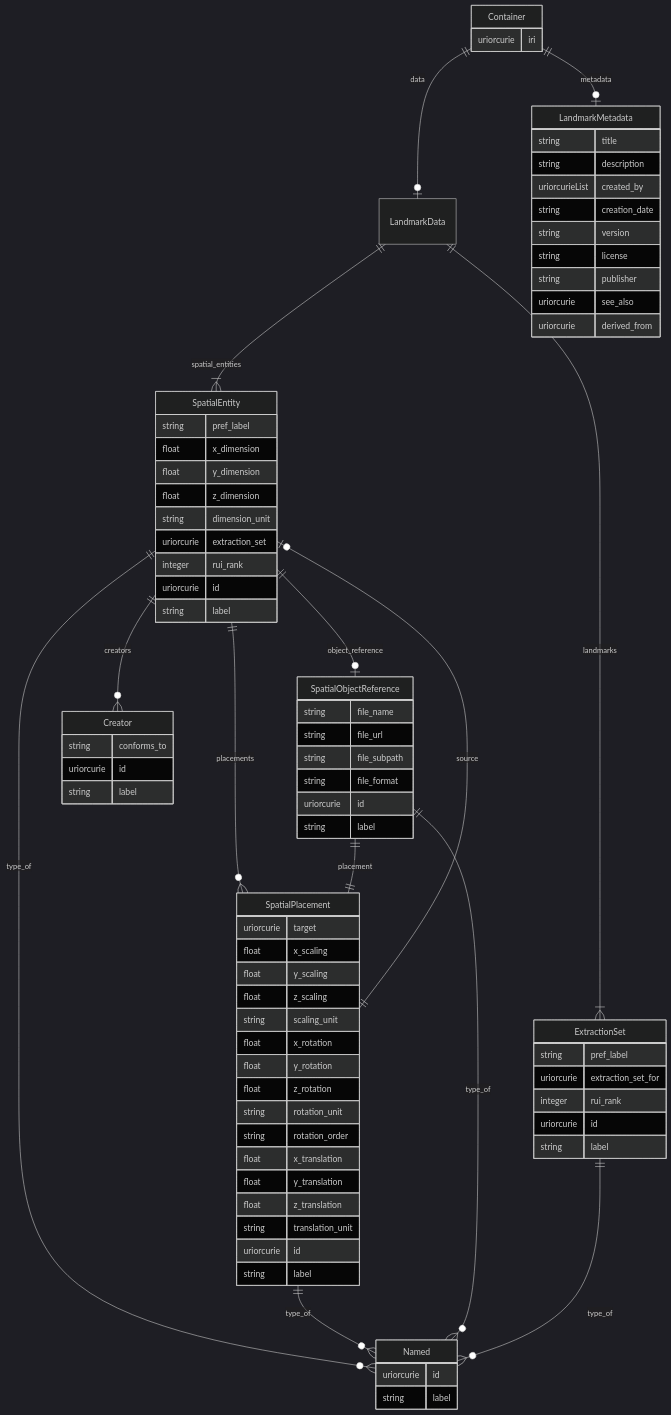
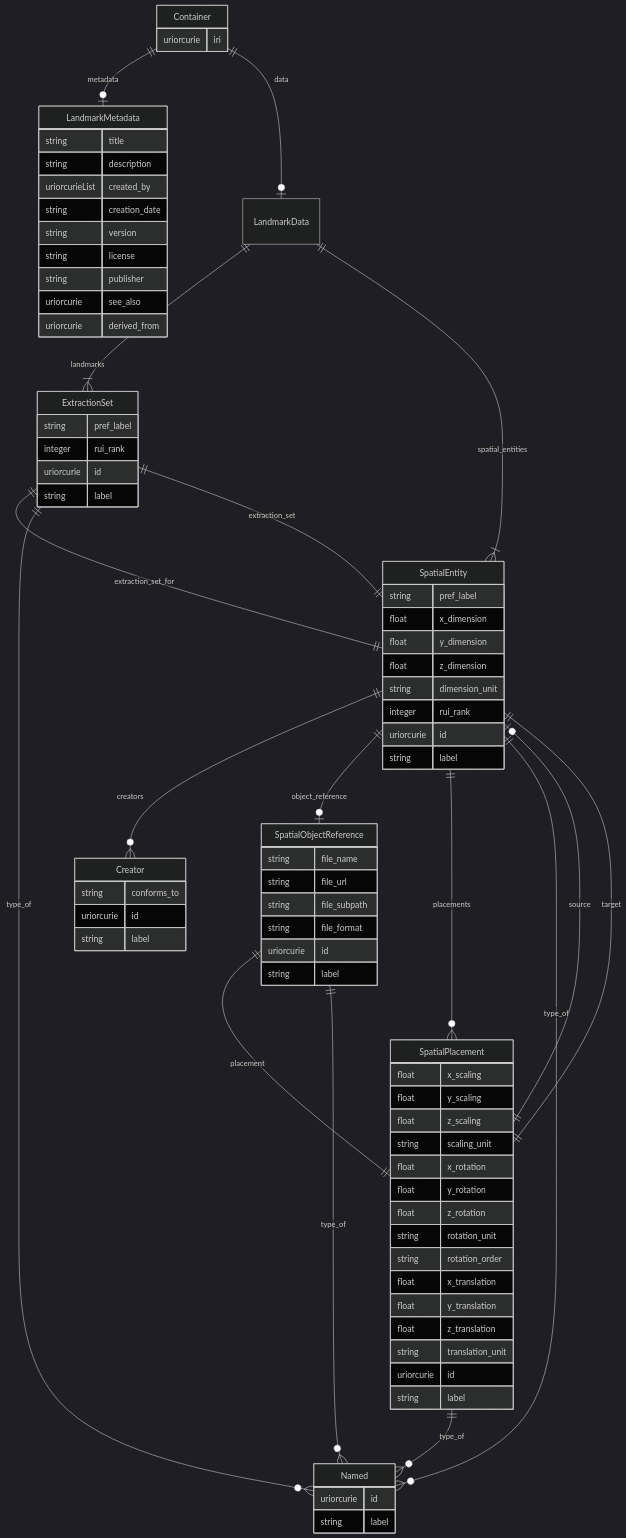
Diagram 12 of 18 in er-diagrams.md (hubmapconsortium/hra-do-processor), drawn with Mermaid (dark theme) before and after one commit. The commit also changed other lines of this file and 12 other files, not shown here.

````diff
--- a/er-diagrams.md
+++ b/er-diagrams.md
@@ -752,7 +800,6 @@
     float y_dimension  
     float z_dimension  
     string dimension_unit  
-    uriorcurie extraction_set  
     integer rui_rank  
     uriorcurie id  
     string label  
@@ -761,8 +808,13 @@
     uriorcurie id  
     string label  
 }
+ExtractionSet {
+    string pref_label  
+    integer rui_rank  
+    uriorcurie id  
+    string label  
+}
 SpatialPlacement {
-    uriorcurie target  
     float x_scaling  
     float y_scaling  
     float z_scaling  
@@ -792,13 +844,6 @@
     uriorcurie id  
     string label  
 }
-ExtractionSet {
-    string pref_label  
-    uriorcurie extraction_set_for  
-    integer rui_rank  
-    uriorcurie id  
-    string label  
-}
 LandmarkMetadata {
     string title  
     string description  
@@ -818,11 +863,14 @@
 SpatialEntity ||--}o Creator : "creators"
 SpatialEntity ||--|o SpatialObjectReference : "object_reference"
 SpatialEntity ||--}o SpatialPlacement : "placements"
+SpatialEntity ||--|| ExtractionSet : "extraction_set"
 SpatialEntity ||--}o Named : "type_of"
+ExtractionSet ||--|| SpatialEntity : "extraction_set_for"
+ExtractionSet ||--}o Named : "type_of"
 SpatialPlacement ||--|o SpatialEntity : "source"
+SpatialPlacement ||--|| SpatialEntity : "target"
 SpatialPlacement ||--}o Named : "type_of"
 SpatialObjectReference ||--|| SpatialPlacement : "placement"
 SpatialObjectReference ||--}o Named : "type_of"
-ExtractionSet ||--}o Named : "type_of"
 
 ```
````
